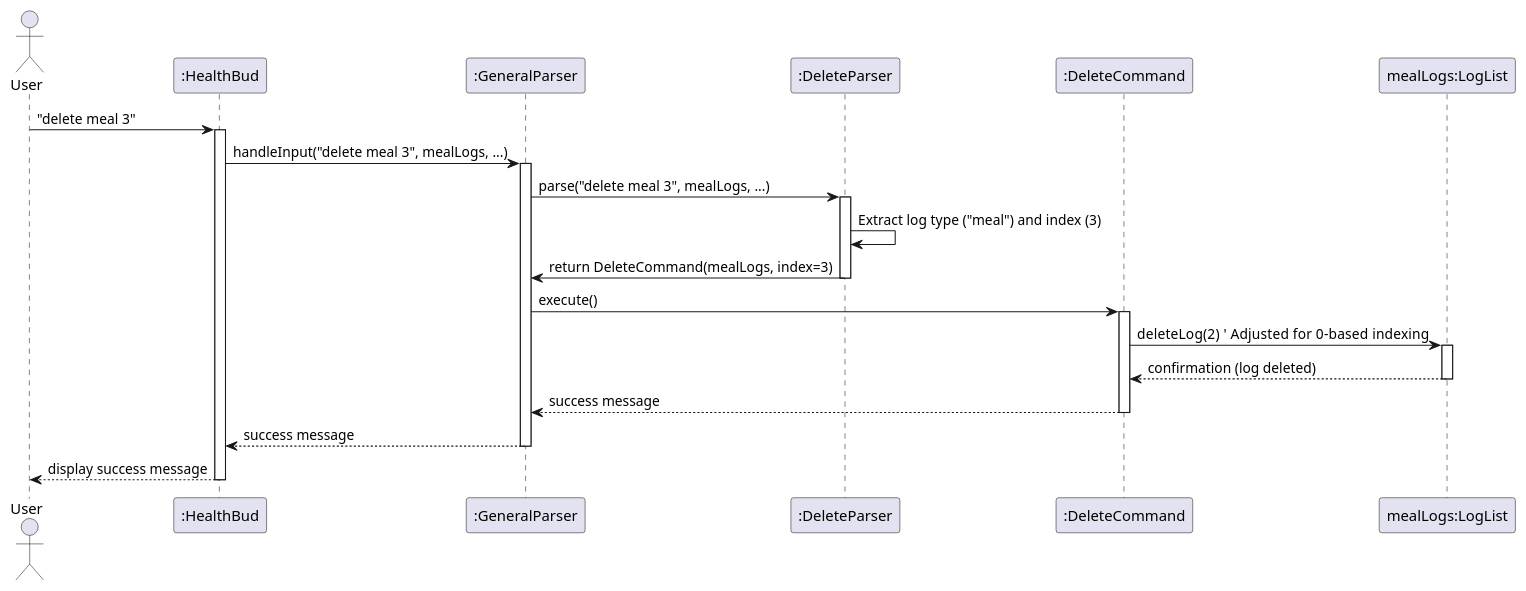
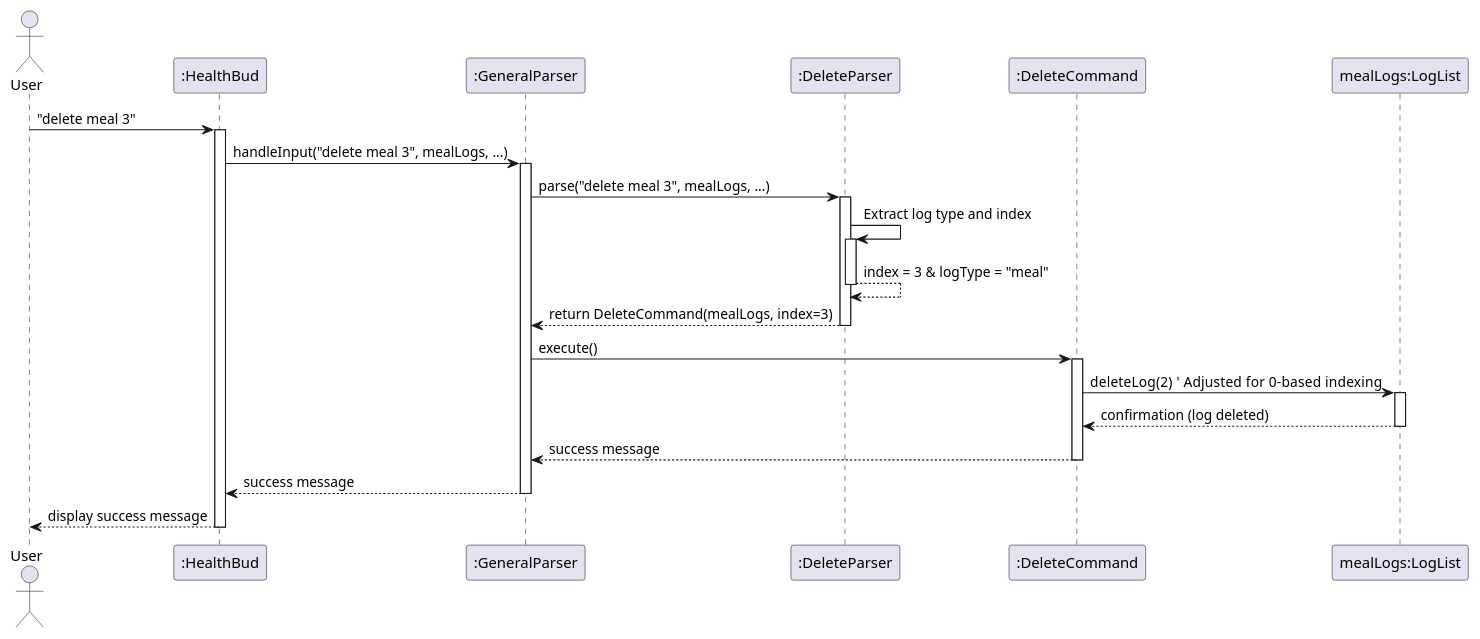
The diagram in docs/Diagrams/DeleteSD.puml (Jasonlobo21/tp), drawn with PlantUML before and after one commit. The commit also changed 9 other files, not shown here.

```diff
--- a/docs/Diagrams/DeleteSD.puml
+++ b/docs/Diagrams/DeleteSD.puml
@@ -1,38 +1,43 @@
 @startuml
 actor User
 participant ":HealthBud" as HealthBud
 participant ":GeneralParser" as GeneralParser
 participant ":DeleteParser" as DeleteParser
 participant ":DeleteCommand" as DeleteCommand
 participant "mealLogs:LogList" as LogList
 
 User -> HealthBud : "delete meal 3"
 activate HealthBud
 
 HealthBud -> GeneralParser : handleInput("delete meal 3", mealLogs, ...)
 activate GeneralParser
 
 GeneralParser -> DeleteParser : parse("delete meal 3", mealLogs, ...)
 activate DeleteParser
 
-DeleteParser -> DeleteParser : Extract log type ("meal") and index (3)
-DeleteParser -> GeneralParser : return DeleteCommand(mealLogs, index=3)
+DeleteParser -> DeleteParser : Extract log type and index
+activate DeleteParser
+
+DeleteParser --> DeleteParser : index = 3 & logType = "meal"
+deactivate DeleteParser
+
+DeleteParser --> GeneralParser : return DeleteCommand(mealLogs, index=3)
 deactivate DeleteParser
 
 GeneralParser -> DeleteCommand : execute()
 activate DeleteCommand
 
 DeleteCommand -> LogList : deleteLog(2)   ' Adjusted for 0-based indexing
 activate LogList
 LogList --> DeleteCommand : confirmation (log deleted)
 deactivate LogList
 
 DeleteCommand --> GeneralParser : success message
 deactivate DeleteCommand
 
 GeneralParser --> HealthBud : success message
 deactivate GeneralParser
 
 HealthBud --> User : display success message
 deactivate HealthBud
 @enduml
```
